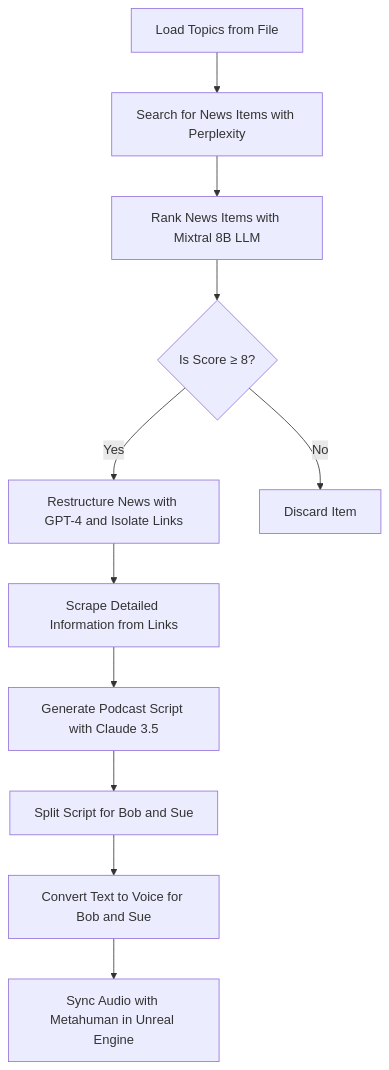
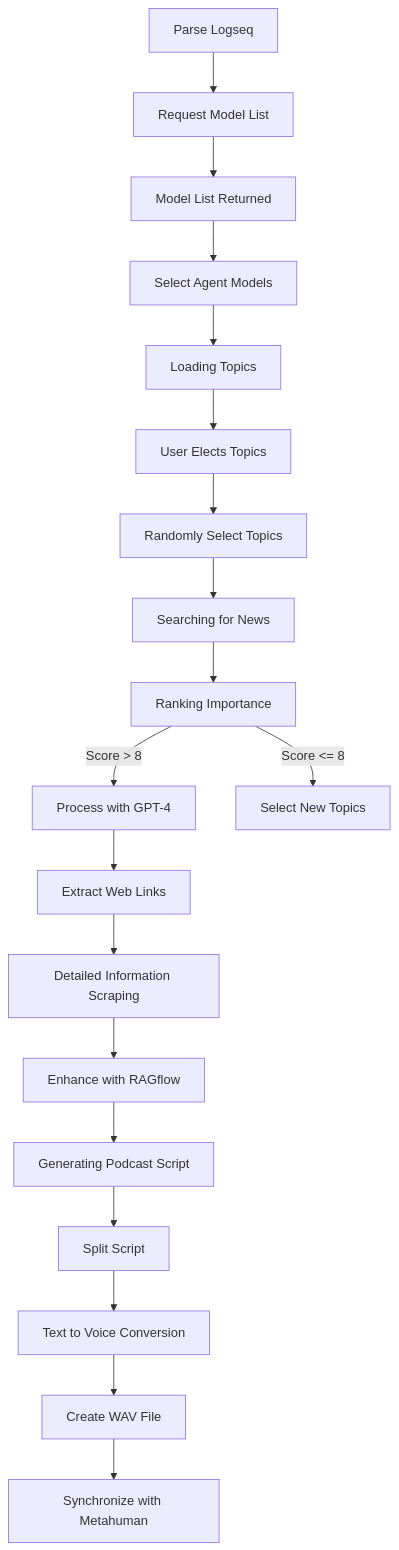
Before and after one commit to jjohare/logcaster: the first of 2 diagrams in README.md, drawn with Mermaid. The commit also changed other lines of this file, not shown here.

````diff
--- a/README.md
+++ b/README.md
@@ -32,14 +114,21 @@
-```mermaid
-graph TD
-    A[Load Topics from File] --> B[Search for News Items with Perplexity]
-    B --> C[Rank News Items with Mixtral 8B LLM]
-    C --> D{Is Score ≥ 8?}
-    D -- Yes --> E[Restructure News with GPT-4 and Isolate Links]
-    E --> F[Scrape Detailed Information from Links]
-    F --> G[Generate Podcast Script with Claude 3.5]
-    G --> H[Split Script for Bob and Sue]
-    H --> I[Convert Text to Voice for Bob and Sue]
-    I --> J[Sync Audio with Metahuman in Unreal Engine]
-
-    D -- No --> K[Discard Item]
-```
+  ```mermaid
+  graph TD
+    A[Parse Logseq] --> B[Request Model List]
+    B --> C[Model List Returned]
+    C --> D[Select Agent Models]
+    D --> E[Loading Topics]
+    E --> F[User Elects Topics]
+    F --> G[Randomly Select Topics]
+    G --> H[Searching for News]
+    H --> I[Ranking Importance]
+    I -->|Score > 8| K[Process with GPT-4]
+    I -->|Score <= 8| J[Select New Topics]
+    K --> L[Extract Web Links]
+    L --> M[Detailed Information Scraping]
+    M --> N[Enhance with RAGflow]
+    N --> O[Generating Podcast Script]
+    O --> P[Split Script]
+    P --> Q[Text to Voice Conversion]
+    Q --> R[Create WAV File]
+    R --> S[Synchronize with Metahuman]
+  ```
````
